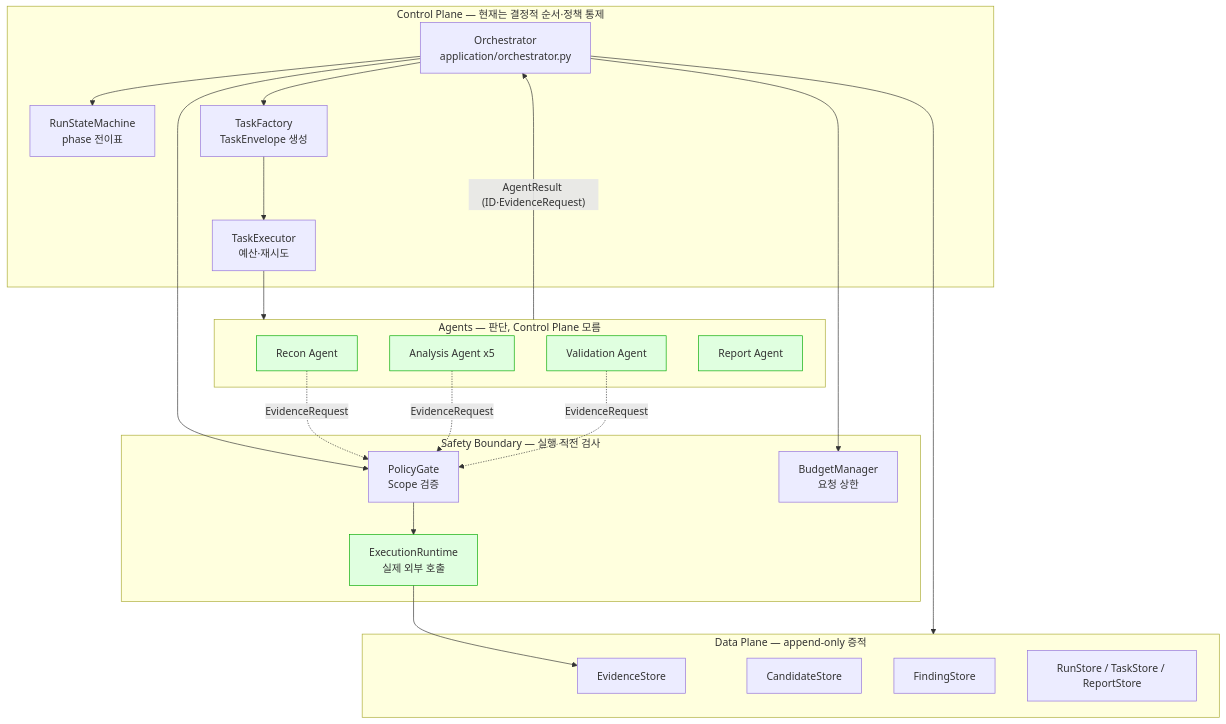
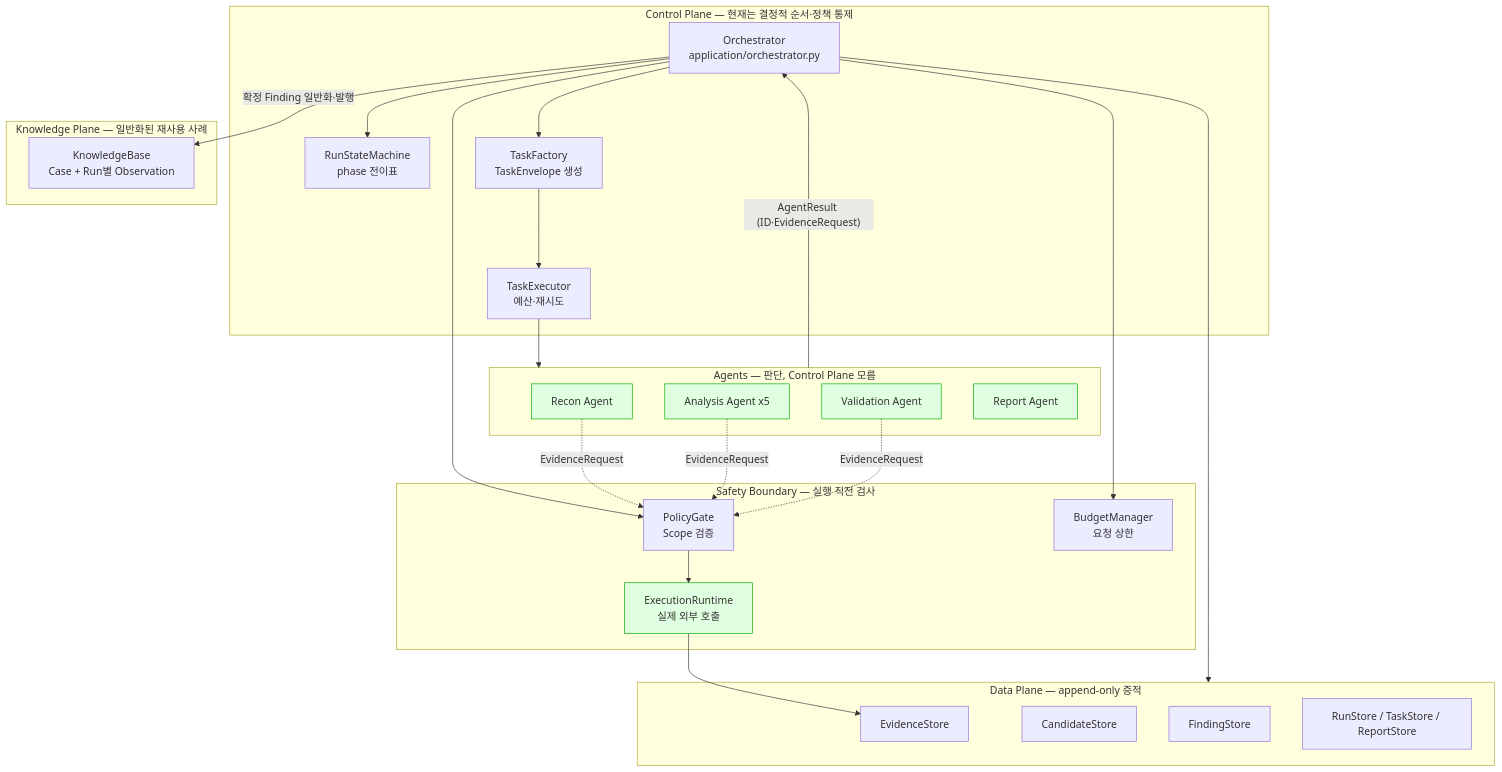
The first of 3 diagrams in IMPLEMENTATION_PLAN.md (Hacklipse/LASP_2026), drawn with Mermaid before and after one commit. The commit also changed other lines of this file, not shown here.

````diff
--- a/IMPLEMENTATION_PLAN.md
+++ b/IMPLEMENTATION_PLAN.md
@@ -106,43 +128,48 @@
 ```mermaid
 flowchart TB
     subgraph CP["Control Plane — 현재는 결정적 순서·정책 통제"]
         ORCH["Orchestrator<br/>application/orchestrator.py"]
         SM["RunStateMachine<br/>phase 전이표"]
         TF["TaskFactory<br/>TaskEnvelope 생성"]
         TE["TaskExecutor<br/>예산·재시도"]
     end
 
     subgraph GATE["Safety Boundary — 실행 직전 검사"]
         PG["PolicyGate<br/>Scope 검증"]
         BM["BudgetManager<br/>요청 상한"]
         RT["ExecutionRuntime<br/>실제 외부 호출"]
     end
 
     subgraph AG["Agents — 판단, Control Plane 모름"]
         RC["Recon Agent"]
         AN["Analysis Agent x5"]
         VA["Validation Agent"]
         RP["Report Agent"]
     end
 
     subgraph DP["Data Plane — append-only 증적"]
         ES["EvidenceStore"]
         CS["CandidateStore"]
         FS["FindingStore"]
         RS["RunStore / TaskStore / ReportStore"]
     end
 
+    subgraph KP["Knowledge Plane — 일반화된 재사용 사례"]
+        KB["KnowledgeBase<br/>Case + Run별 Observation"]
+    end
+
     ORCH --> SM
     ORCH --> TF --> TE --> AG
     ORCH --> PG
     ORCH --> BM
     AG -->|"AgentResult (ID·EvidenceRequest)"| ORCH
     RC & AN & VA -.->|"EvidenceRequest"| PG --> RT --> ES
     ORCH --> DP
+    ORCH -->|"확정 Finding 일반화·발행"| KB
 
     style RC fill:#e0ffe0,stroke:#0a0
     style AN fill:#e0ffe0,stroke:#0a0
     style VA fill:#e0ffe0,stroke:#0a0
     style RT fill:#e0ffe0,stroke:#0a0
     style RP fill:#e0ffe0,stroke:#0a0
 ```
````
